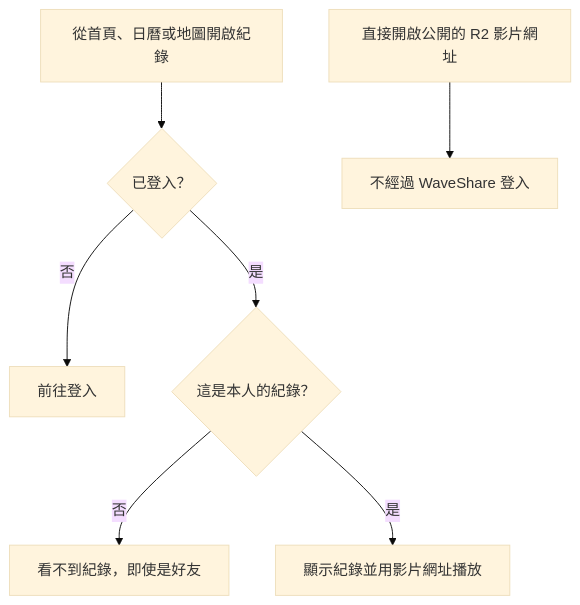
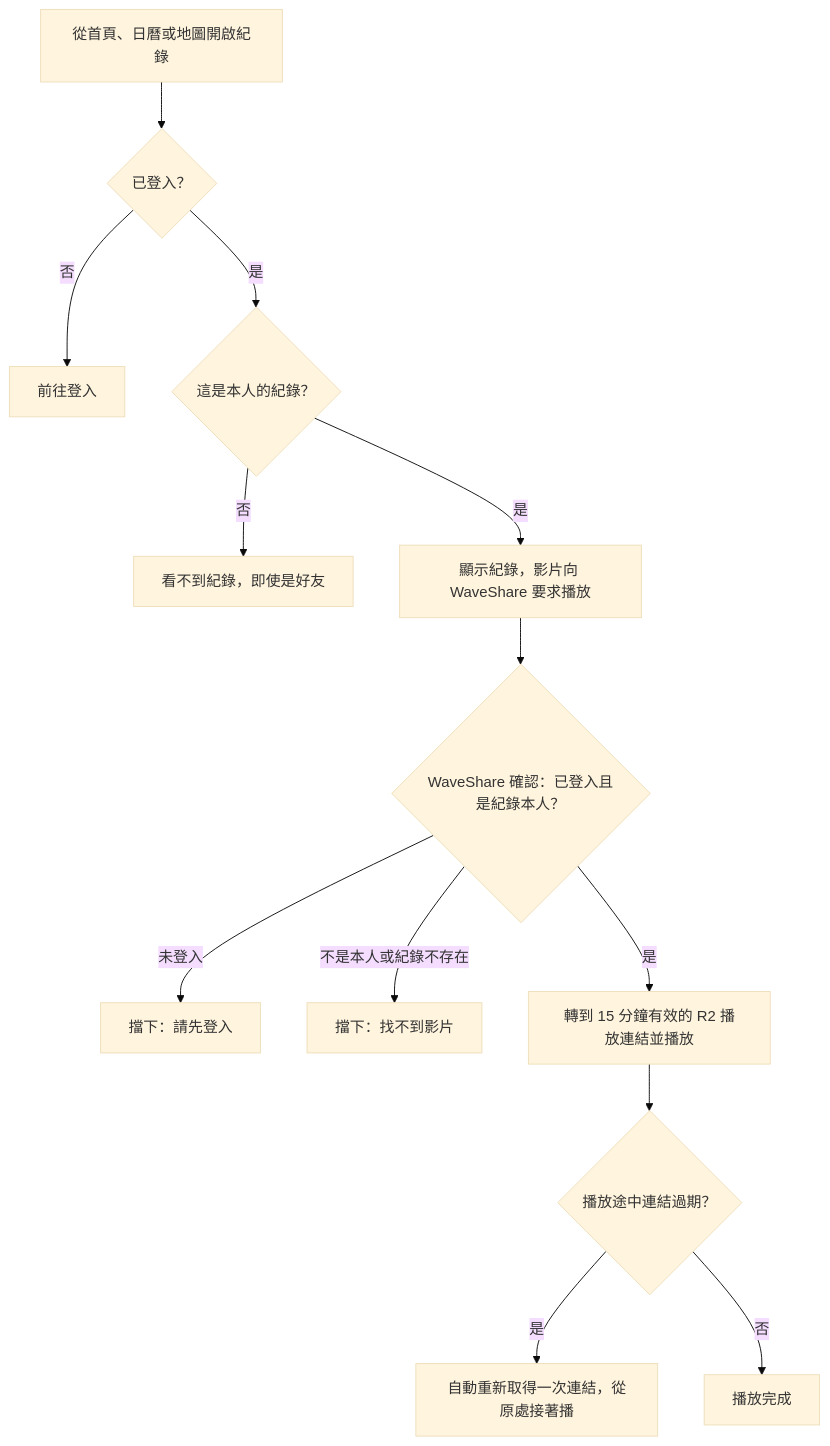
One commit to ChristingChang/waveshare changed the third of 5 diagrams in docs/flows.md. Above: the diagram before and after it, drawn with Mermaid (base theme). The commit also changed other lines of this file and 6 other files, not shown here.

````diff
--- a/docs/flows.md
+++ b/docs/flows.md
@@ -46,9 +46,15 @@
 ```mermaid
 flowchart TD
     A["從首頁、日曆或地圖開啟紀錄"] --> B{"已登入？"}
     B -->|否| C["前往登入"]
     B -->|是| D{"這是本人的紀錄？"}
     D -->|否| E["看不到紀錄，即使是好友"]
-    D -->|是| F["顯示紀錄並用影片網址播放"]
-    G["直接開啟公開的 R2 影片網址"] --> H["不經過 WaveShare 登入"]
+    D -->|是| F["顯示紀錄，影片向 WaveShare 要求播放"]
+    F --> P{"WaveShare 確認：已登入且是紀錄本人？"}
+    P -->|未登入| Q["擋下：請先登入"]
+    P -->|不是本人或紀錄不存在| R["擋下：找不到影片"]
+    P -->|是| S["轉到 15 分鐘有效的 R2 播放連結並播放"]
+    S --> T{"播放途中連結過期？"}
+    T -->|是| U["自動重新取得一次連結，從原處接著播"]
+    T -->|否| V["播放完成"]
 ```
````
